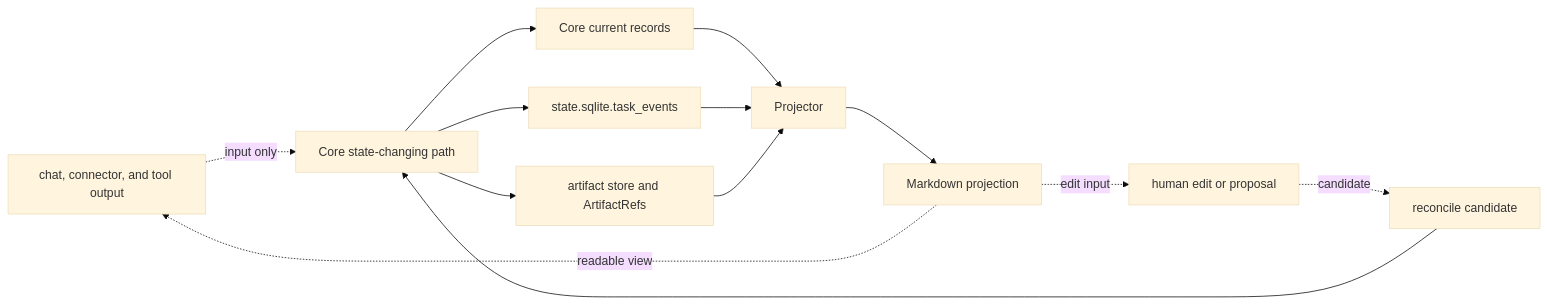
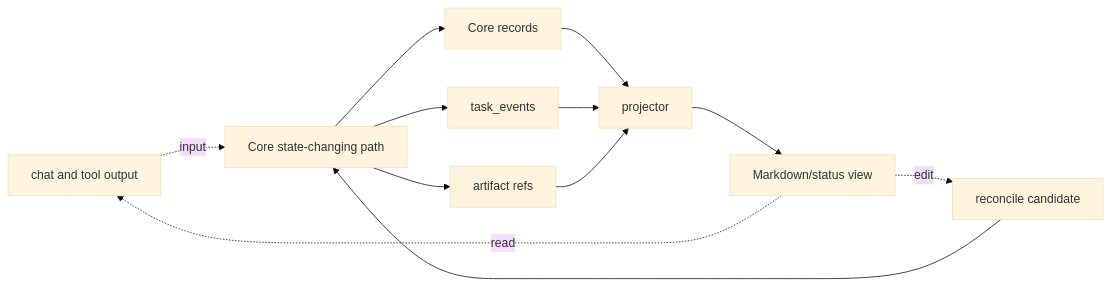
One commit to minjungw00/Harness_Project changed the diagram in docs/en/reference/projection-and-templates.md. Above: the diagram before and after it, drawn with Mermaid (base theme). The commit also changed 15 other files, not shown here.

Commit message:
docs: simplify and audit Harness diagrams

````diff
--- a/docs/en/reference/projection-and-templates.md
+++ b/docs/en/reference/projection-and-templates.md
@@ -118,25 +118,23 @@
 ```mermaid
 flowchart LR
-  Chat["chat, connector, and tool output"]
-  Projection["Markdown projection"]
-  Edit["human edit or proposal"]
+  Chat["chat and tool output"]
+  Projection["Markdown/status view"]
   Reconcile["reconcile candidate"]
   CorePath["Core state-changing path"]
-  Records["Core current records"]
-  Events["state.sqlite.task_events"]
-  Artifacts["artifact store and ArtifactRefs"]
-  Projector["Projector"]
+  Records["Core records"]
+  Events["task_events"]
+  Artifacts["artifact refs"]
+  Projector["projector"]
 
-  Chat -. input only .-> CorePath
-  Projection -. readable view .-> Chat
-  Projection -. edit input .-> Edit
-  Edit -. candidate .-> Reconcile
+  Chat -. input .-> CorePath
+  Projection -. read .-> Chat
+  Projection -. edit .-> Reconcile
   Reconcile --> CorePath
   CorePath --> Records
   CorePath --> Events
   CorePath --> Artifacts
   Records --> Projector
   Events --> Projector
   Artifacts --> Projector
   Projector --> Projection
 ```
````
